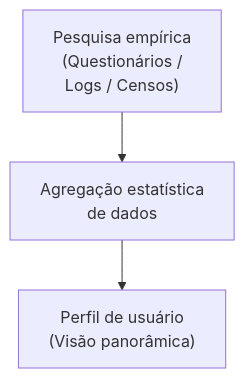
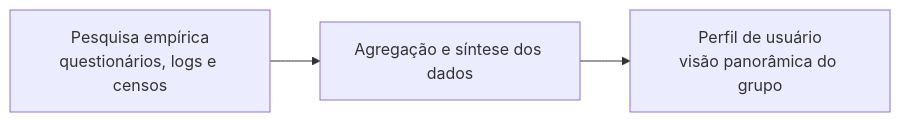
Before and after one commit to leorruas/puc: the second of 3 diagrams in 08. Design de Interacao/12. Modelagem de usuário - perfil, persona e mapa de empatia.md, drawn with Mermaid. The commit also changed other lines of this file, not shown here.

Commit message:
Normaliza visualizações de modelagem de usuário

````diff
--- a/08. Design de Interacao/12. Modelagem de usuário - perfil, persona e mapa de empatia.md
+++ b/08. Design de Interacao/12. Modelagem de usuário - perfil, persona e mapa de empatia.md
@@ -75,5 +80,9 @@
 ```mermaid
-flowchart TD
-    Pesquisa["Pesquisa empírica<br>(Questionários /<br>Logs / Censos)"] --> Sintese["Agregação estatística<br>de dados"]
-    Sintese --> Perfil["Perfil de usuário<br>(Visão panorâmica)"]
+flowchart LR
+    Pesquisa["Pesquisa empírica<br>questionários, logs e censos"]:::external
+    Sintese["Agregação e síntese dos dados"]:::component
+    Perfil["Perfil de usuário<br>visão panorâmica do grupo"]:::core
+
+    Pesquisa --> Sintese
+    Sintese --> Perfil
 ```
````
